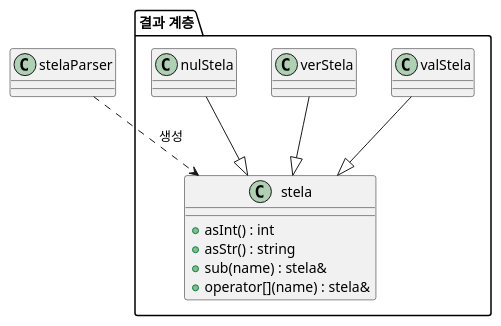
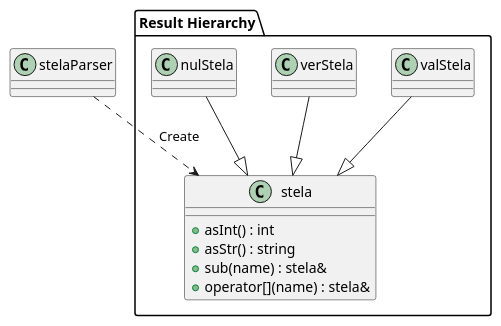
Before and after one commit to byeolang/byeol: the second of 4 diagrams in doc/ref/ko/ah-architecture-stela.md, drawn with PlantUML. The commit also changed other lines of this file and 5 other files, not shown here.

First line of the commit message:
docs: translate Korean to English in PlantUML blocks

```diff
--- a/doc/ref/ko/ah-architecture-stela.md
+++ b/doc/ref/ko/ah-architecture-stela.md
@@ -116,21 +116,21 @@
 @startuml
-package "결과 계층" {
+package "Result Hierarchy" {
     class "stela" as stela {
         + asInt() : int
         + asStr() : string
         + sub(name) : stela&
         + operator[](name) : stela&
     }
 
     class "valStela" as valStela
     class "verStela" as verStela
     class "nulStela" as nulStela
 }
 
-stelaParser ..> stela : 생성
+stelaParser ..> stela : Create
 
 valStela --|> stela
 verStela --|> stela
 nulStela --|> stela
 
 @enduml
```
